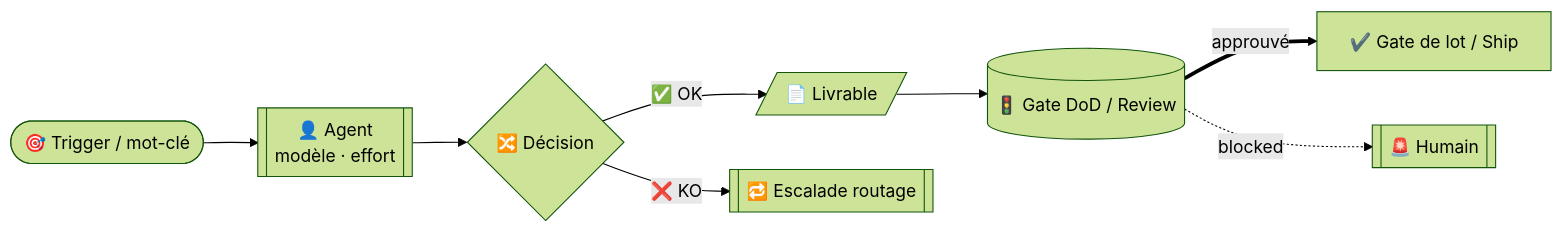
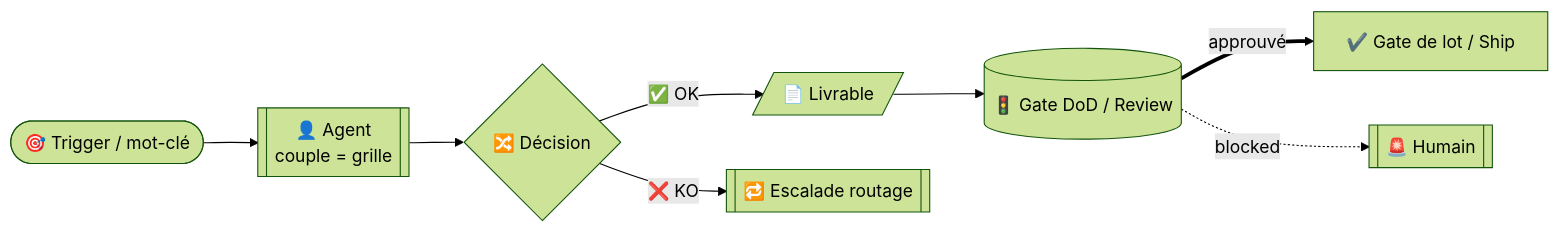
One commit to ChakirHamzaChahid/Plexhub-Backend changed the first of 10 diagrams in .claude/WORKFLOWS-DIAGRAMS.md. Above: the diagram before and after it, drawn with Mermaid (forest theme). The commit also changed other lines of this file and 33 other files, not shown here.

````diff
--- a/.claude/WORKFLOWS-DIAGRAMS.md
+++ b/.claude/WORKFLOWS-DIAGRAMS.md
@@ -9,10 +11,10 @@
 ```mermaid
 flowchart LR
-  T([🎯 Trigger / mot-clé]) --> A[[👤 Agent<br/>modèle · effort]]
+  T([🎯 Trigger / mot-clé]) --> A[[👤 Agent<br/>couple = grille]]
   A --> D{🔀 Décision}
   D -->|✅ OK| L[/📄 Livrable/]
   D -->|❌ KO| E[[🔁 Escalade routage]]
   L --> G[(🚦 Gate DoD / Review)]
   G ==>|approuvé| M[✔️ Gate de lot / Ship]
   G -.->|blocked| H[[🚨 Humain]]
 ```
````
